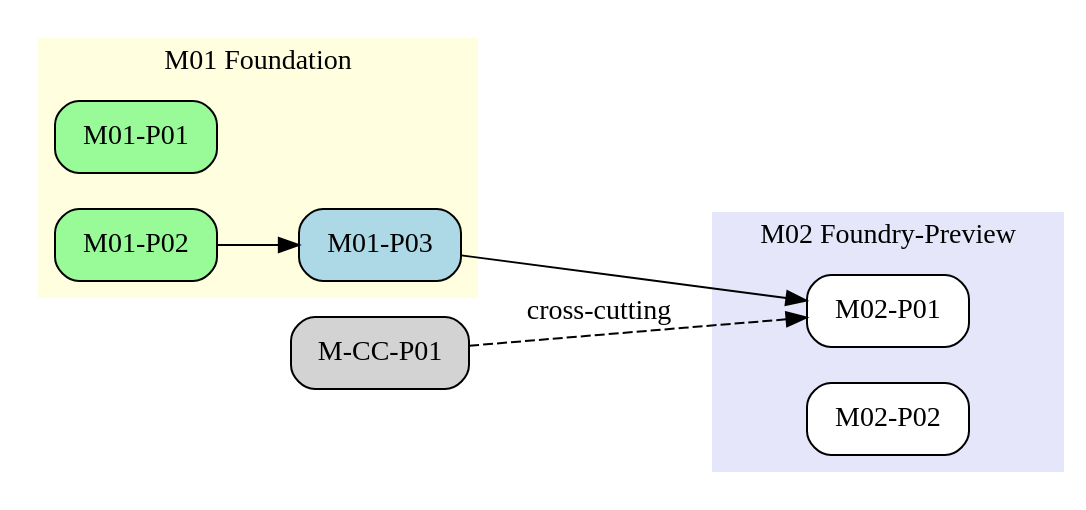
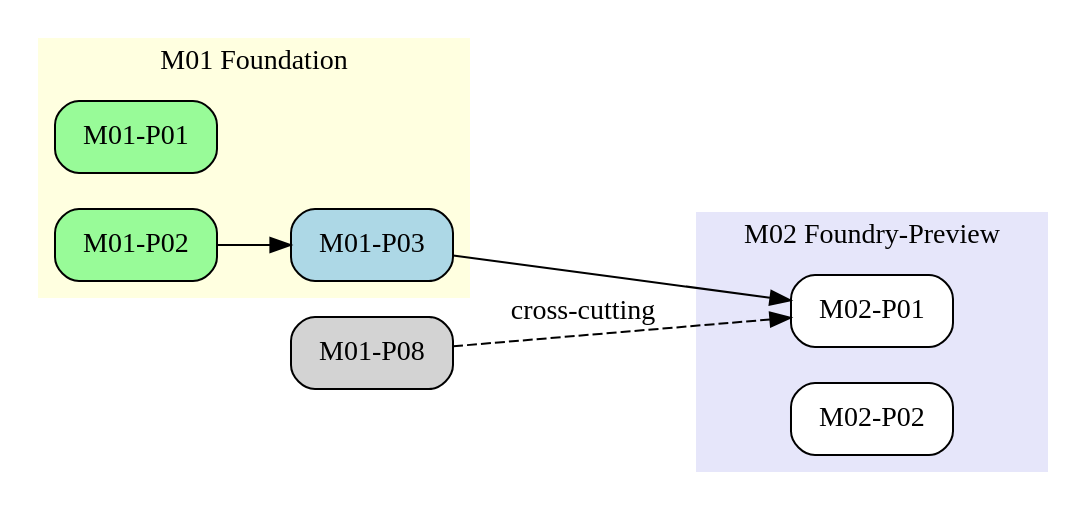
The diagram in .omc/automation/dependency-graph-spec.md (oyatie/oyatie), drawn with Graphviz before and after one commit. The commit also changed other lines of this file and 544 other files, not shown here.

````diff
--- a/.omc/automation/dependency-graph-spec.md
+++ b/.omc/automation/dependency-graph-spec.md
@@ -54,27 +54,27 @@
 ```dot
 digraph plan_dag {
   rankdir = LR;
   node [shape=box, style="rounded,filled"];
 
   subgraph cluster_M01 {
     label = "M01 Foundation";
     style = filled;
     color = lightyellow;
     "M01-P01" [fillcolor=palegreen];
     "M01-P02" [fillcolor=palegreen];
     "M01-P03" [fillcolor=lightblue];
   }
 
   subgraph cluster_M02 {
     label = "M02 Foundry-Preview";
     style = filled;
     color = lavender;
     "M02-P01" [fillcolor=white];
     "M02-P02" [fillcolor=white];
   }
 
   "M01-P02" -> "M01-P03";
   "M01-P03" -> "M02-P01";
-  "M-CC-P01" -> "M02-P01" [style=dashed, label="cross-cutting"];
+  "M01-P08" -> "M02-P01" [style=dashed, label="cross-cutting"];
 }
 ```
````
